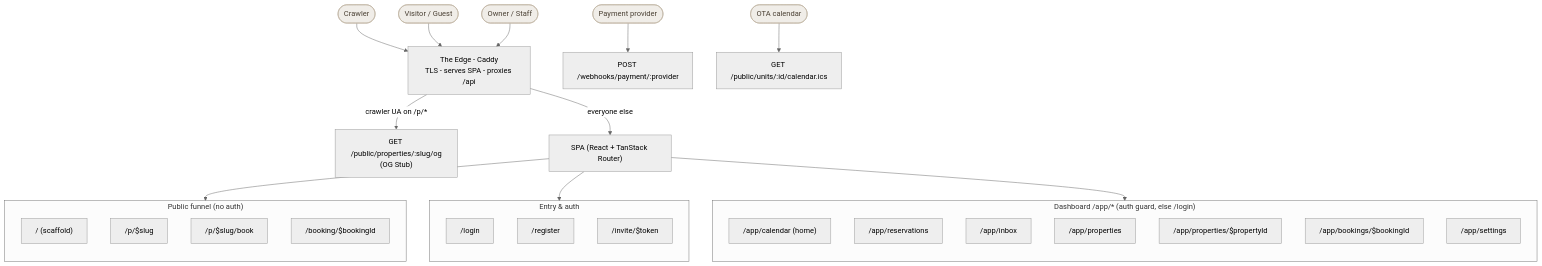
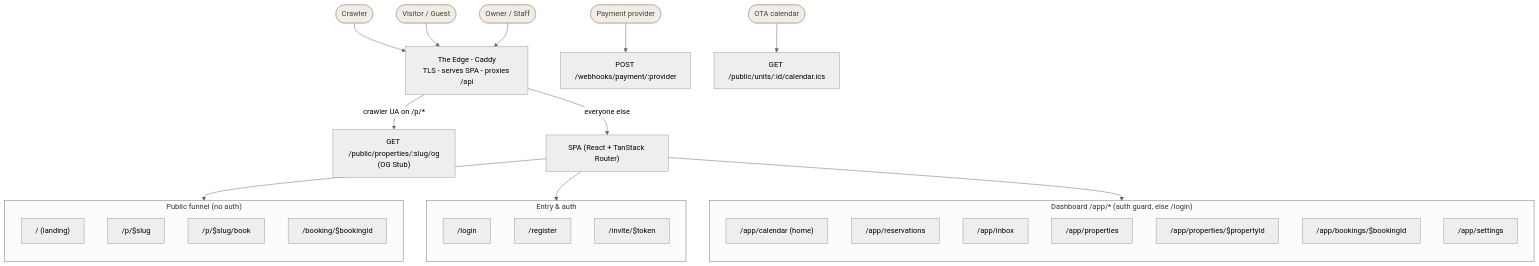
The diagram in docs/sitemap.md (RacThug/sambung), drawn with Mermaid (neutral theme) before and after one commit. The commit also changed other lines of this file and 8 other files, not shown here.

First line of the commit message:
feat(web): replace the / scaffold with a portfolio landing page (#160)

````diff
--- a/docs/sitemap.md
+++ b/docs/sitemap.md
@@ -23,51 +23,51 @@
 ```mermaid
 flowchart TD
   crawler([Crawler]):::actor
   visitor([Visitor / Guest]):::actor
   member([Owner / Staff]):::actor
   provider([Payment provider]):::actor
   ota([OTA calendar]):::actor
 
   crawler --> edge
   visitor --> edge
   member --> edge
   edge["The Edge - Caddy<br/>TLS - serves SPA - proxies /api"]
 
   edge -->|"crawler UA on /p/*"| og["GET /public/properties/:slug/og<br/>(OG Stub)"]
   edge -->|"everyone else"| spa["SPA (React + TanStack Router)"]
 
   spa --> pub
   spa --> entry
   spa --> dash
 
   subgraph pub["Public funnel (no auth)"]
     direction TB
-    r_home["/ (scaffold)"]
+    r_home["/ (landing)"]
     r_prop["/p/$slug"]
     r_book["/p/$slug/book"]
     r_conf["/booking/$bookingId"]
   end
 
   subgraph entry["Entry &amp; auth"]
     direction TB
     r_login["/login"]
     r_reg["/register"]
     r_inv["/invite/$token"]
   end
 
   subgraph dash["Dashboard /app/* (auth guard, else /login)"]
     direction TB
     r_cal["/app/calendar (home)"]
     r_res["/app/reservations"]
     r_inbox["/app/inbox"]
     r_props["/app/properties"]
     r_edit["/app/properties/$propertyId"]
     r_detail["/app/bookings/$bookingId"]
     r_set["/app/settings"]
   end
 
   provider --> webhook["POST /webhooks/payment/:provider"]
   ota --> ics["GET /public/units/:id/calendar.ics"]
 
   classDef actor fill:#f0ede8,stroke:#b8ab99,color:#4a4034;
 ```
````
